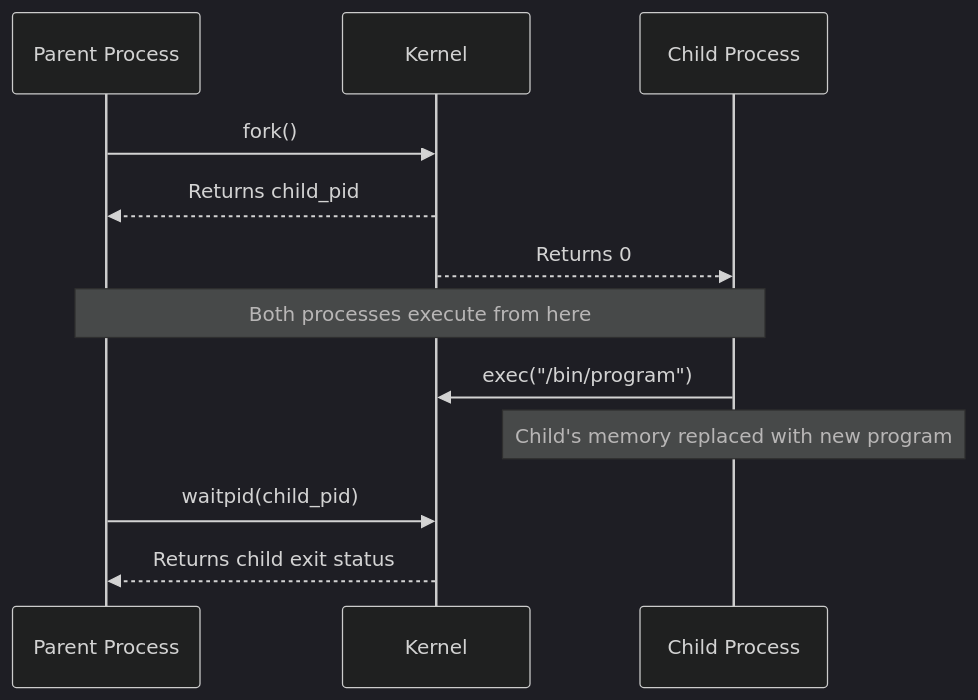
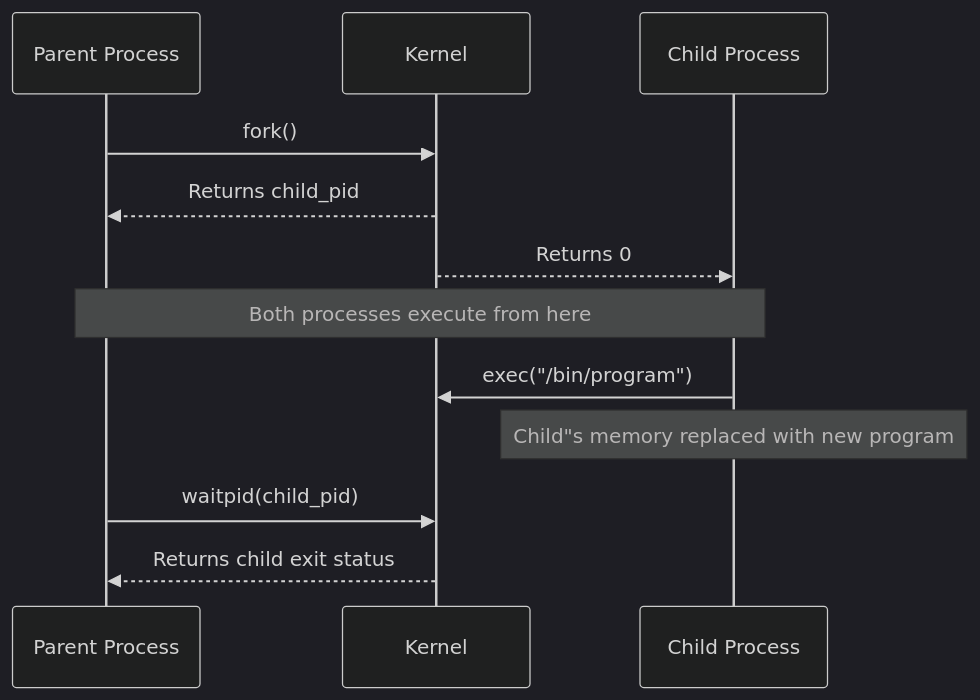
The first of 2 diagrams in sites/infrastructure/src/content/docs/linux/03-process-management/processes-and-signals.md (WyattAu/starlight-sites), drawn with Mermaid (dark theme) before and after one commit. The commit also changed other lines of this file and 1841 other files, not shown here.

````diff
--- a/sites/infrastructure/src/content/docs/linux/03-process-management/processes-and-signals.md
+++ b/sites/infrastructure/src/content/docs/linux/03-process-management/processes-and-signals.md
@@ -18,15 +18,15 @@
 ```mermaid
 sequenceDiagram
     participant Parent as Parent Process
     participant Kernel as Kernel
     participant Child as Child Process
 
     Parent->>Kernel: fork()
     Kernel-->>Parent: Returns child_pid
     Kernel-->>Child: Returns 0
     Note over Parent,Child: Both processes execute from here
     Child->>Kernel: exec("/bin/program")
-    Note over Child: Child's memory replaced with new program
+    Note over Child: Child"s memory replaced with new program
     Parent->>Kernel: waitpid(child_pid)
     Kernel-->>Parent: Returns child exit status
 ```
````
